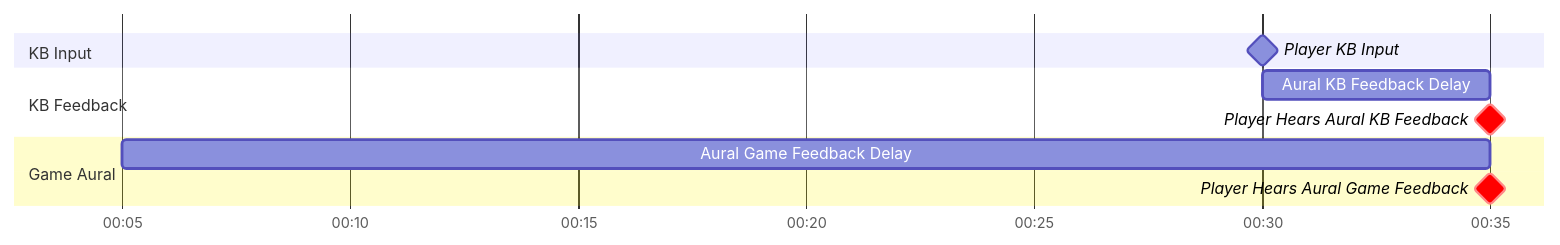
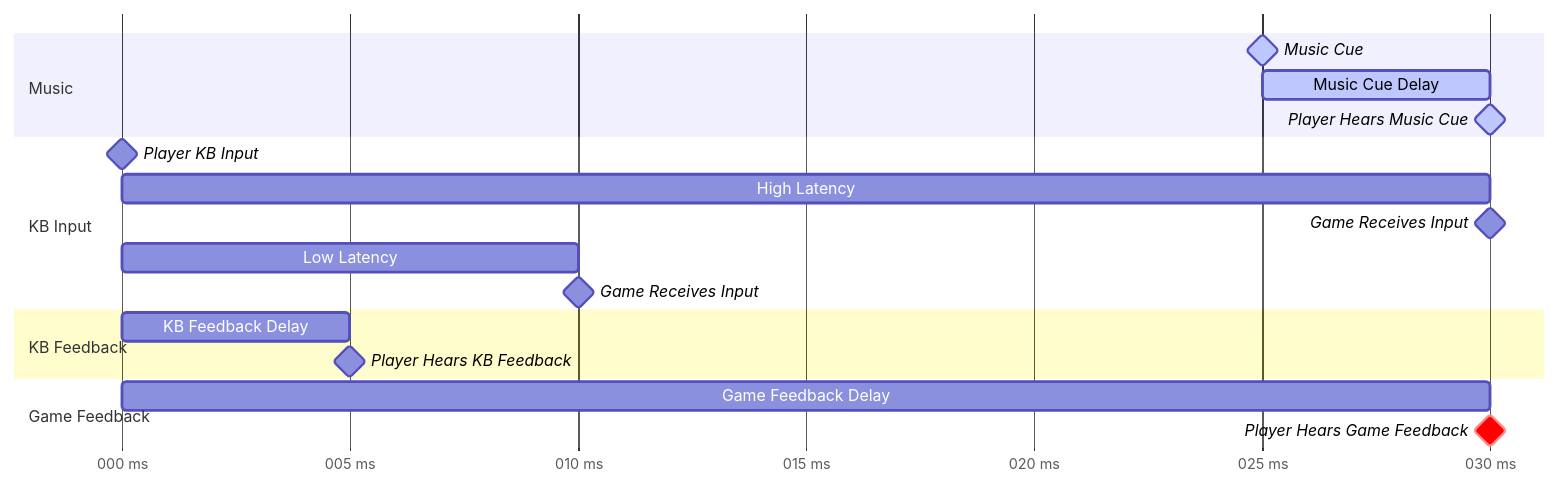
Diagram 12 of 12 in _posts/2024-10-04-hitsounds.md (Eve-ning/Eve-ning.github.io), drawn with Mermaid before and after one commit. The commit also changed other lines of this file, not shown here.

````diff
--- a/_posts/2024-10-04-hitsounds.md
+++ b/_posts/2024-10-04-hitsounds.md
@@ -548,15 +502,26 @@
 ```mermaid
 gantt
-  dateFormat mm:ss
-  axisFormat %M:%S
+  dateFormat SSS
+  axisFormat %L ms
+  tickInterval 5millisecond
+
+  section Music
+    Music Cue: active, milestone, 025,
+    Music Cue Delay: active, 025, 030
+    Player Hears Music Cue: active, milestone, 030,
+
   section KB Input
-    Player KB Input: milestone, 00:30,
+    Player KB Input: milestone, 000,
+    High Latency: 000, 030
+    Game Receives Input: milestone, 030
+    Low Latency: 000, 010
+    Game Receives Input: milestone, 010
 
   section KB Feedback
-    Aural KB Feedback Delay: 00:30, 00:35
-    Player Hears Aural KB Feedback: crit, milestone, 00:35,
+    KB Feedback Delay: 000, 005
+    Player Hears KB Feedback: milestone, 005,
 
-  section Game Aural
-    Aural Game Feedback Delay: 00:05, 00:35
-    Player Hears Aural Game Feedback: crit, milestone, 00:35,
+  section Game Feedback
+    Game Feedback Delay: 000, 030
+    Player Hears Game Feedback: crit, milestone, 030,
 ```
````
